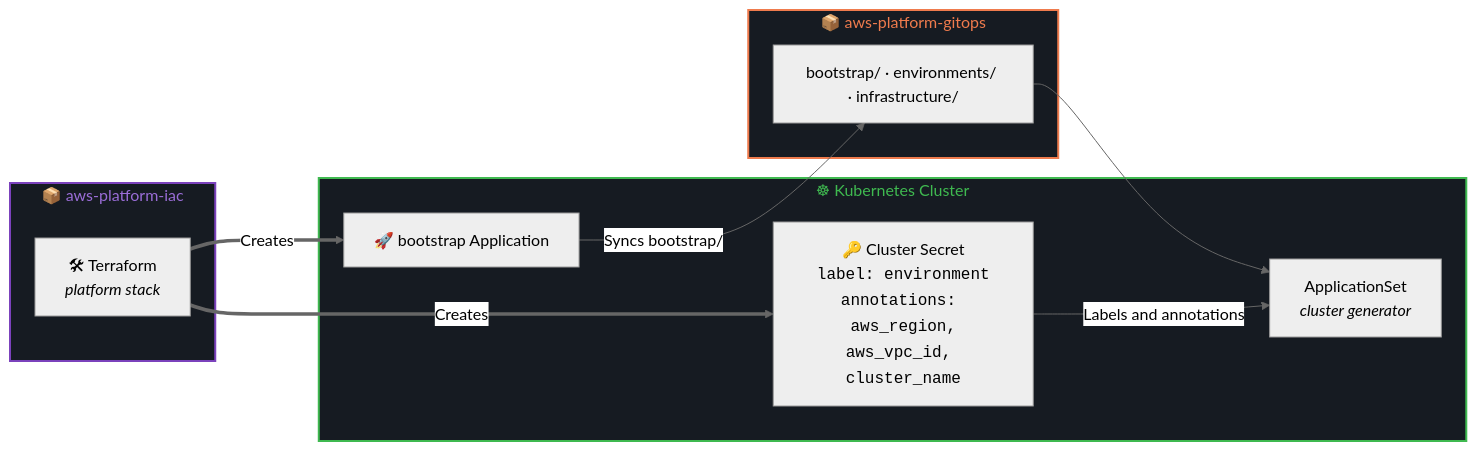
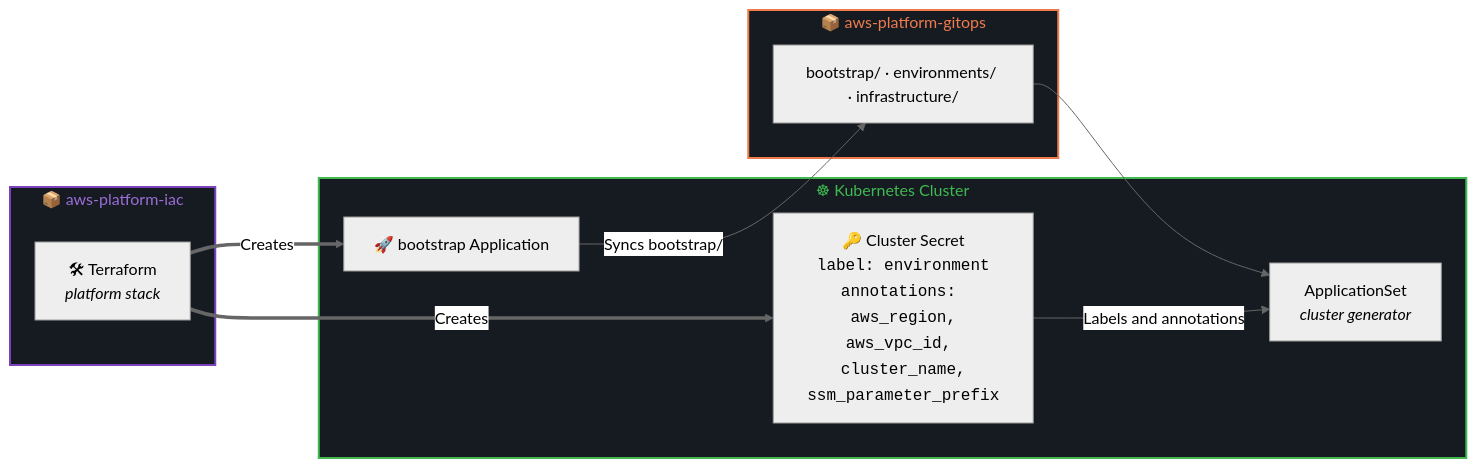
Before and after one commit to infrasam/aws-platform-iac: the third of 4 diagrams in README.md, drawn with Mermaid (neutral theme). The commit also changed other lines of this file and 4 other files, not shown here.

Commit message:
Move SSM parameters under /platform, names starting with aws are reserved

````diff
--- a/README.md
+++ b/README.md
@@ -101,26 +101,26 @@
 ```mermaid
 flowchart LR
     subgraph iac["📦 aws-platform-iac"]
         tf["🛠 Terraform<br/><i>platform stack</i>"]
     end
 
     subgraph cluster["☸ Kubernetes Cluster"]
-        secret["🔑 Cluster Secret<br/><code>label: environment<br/>annotations: aws_region,<br/>aws_vpc_id, cluster_name</code>"]
+        secret["🔑 Cluster Secret<br/><code>label: environment<br/>annotations: aws_region,<br/>aws_vpc_id, cluster_name,<br/>ssm_parameter_prefix</code>"]
         boot["🚀 bootstrap Application"]
         appset["ApplicationSet<br/><i>cluster generator</i>"]
     end
 
     subgraph gitops["📦 aws-platform-gitops"]
         repo["bootstrap/ · environments/ · infrastructure/"]
     end
 
     tf ==>|"Creates"| secret
     tf ==>|"Creates"| boot
     boot -->|"Syncs bootstrap/"| repo
     repo --> appset
     secret -->|"Labels and annotations"| appset
 
     style iac fill:#161b22,stroke:#7b42bc,color:#9a6dd7,stroke-width:2px
     style cluster fill:#161b22,stroke:#3fb950,color:#3fb950,stroke-width:2px
     style gitops fill:#161b22,stroke:#ef7b4d,color:#ef7b4d,stroke-width:2px
 ```
````
